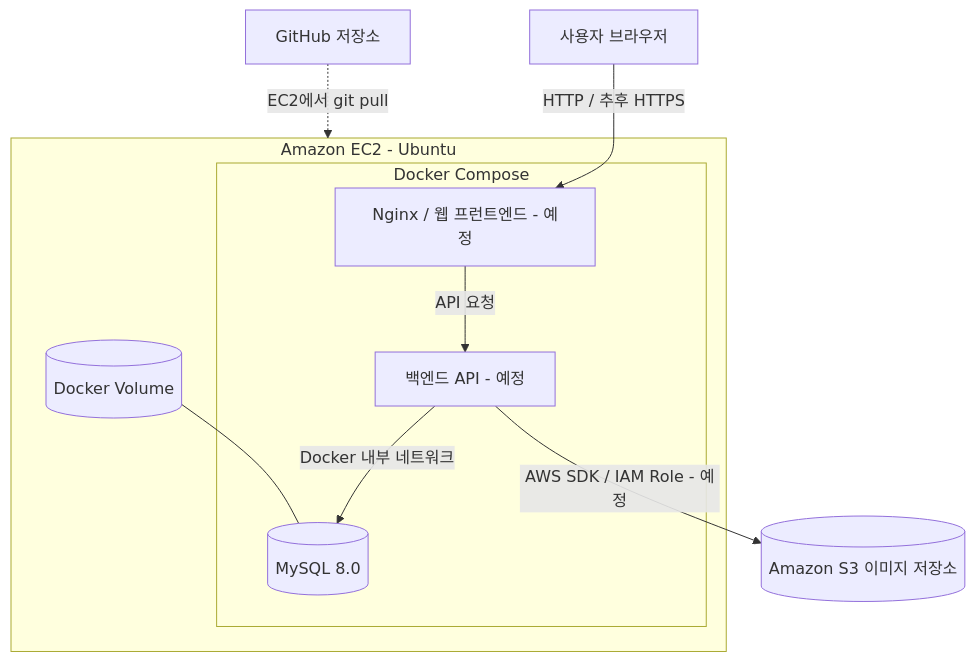
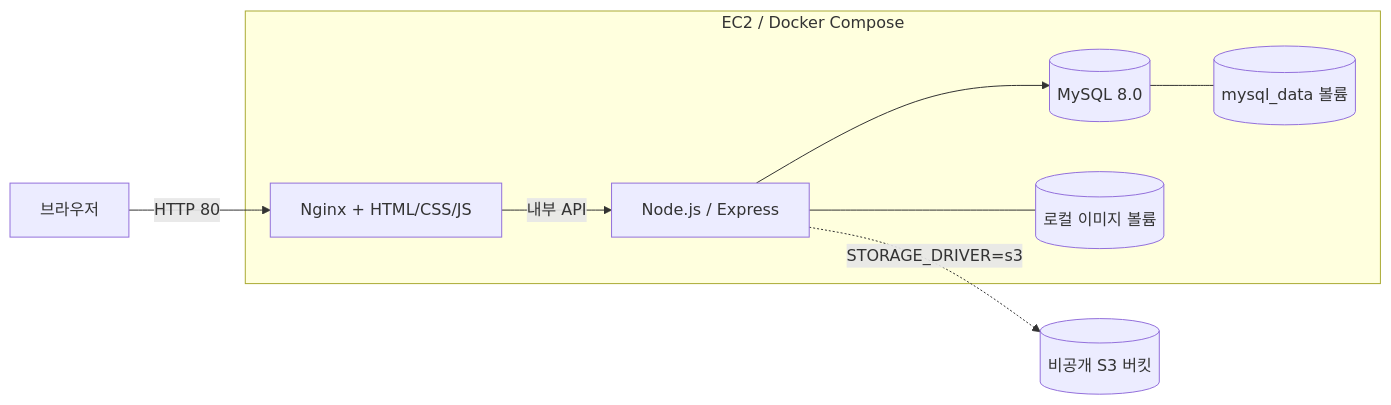
Before and after one commit to hiallu60/vs-game: the diagram in README.md, drawn with Mermaid. The commit also changed other lines of this file and 17 other files, not shown here.

Commit message:
Add VS game web and API Docker services

````diff
--- a/README.md
+++ b/README.md
@@ -40,13 +13,11 @@
 ```mermaid
-flowchart TB
-    U[사용자 브라우저] -->|HTTP / 추후 HTTPS| N
-    subgraph EC2[Amazon EC2 - Ubuntu]
-        subgraph DC[Docker Compose]
-            N[Nginx / 웹 프런트엔드 - 예정] -->|API 요청| API[백엔드 API - 예정]
-            API -->|Docker 내부 네트워크| DB[(MySQL 8.0)]
-        end
-        VOL[(Docker Volume)] --- DB
-    end
-    API -->|AWS SDK / IAM Role - 예정| S3[(Amazon S3 이미지 저장소)]
-    G[GitHub 저장소] -.->|EC2에서 git pull| EC2
+flowchart LR
+  U[브라우저] -->|HTTP 80| W[Nginx + HTML/CSS/JS]
+  subgraph EC2[EC2 / Docker Compose]
+    W -->|내부 API| A[Node.js / Express]
+    A --> D[(MySQL 8.0)]
+    D --- V[(mysql_data 볼륨)]
+    A --- L[(로컬 이미지 볼륨)]
+  end
+  A -. STORAGE_DRIVER=s3 .-> S[(비공개 S3 버킷)]
 ```
````
